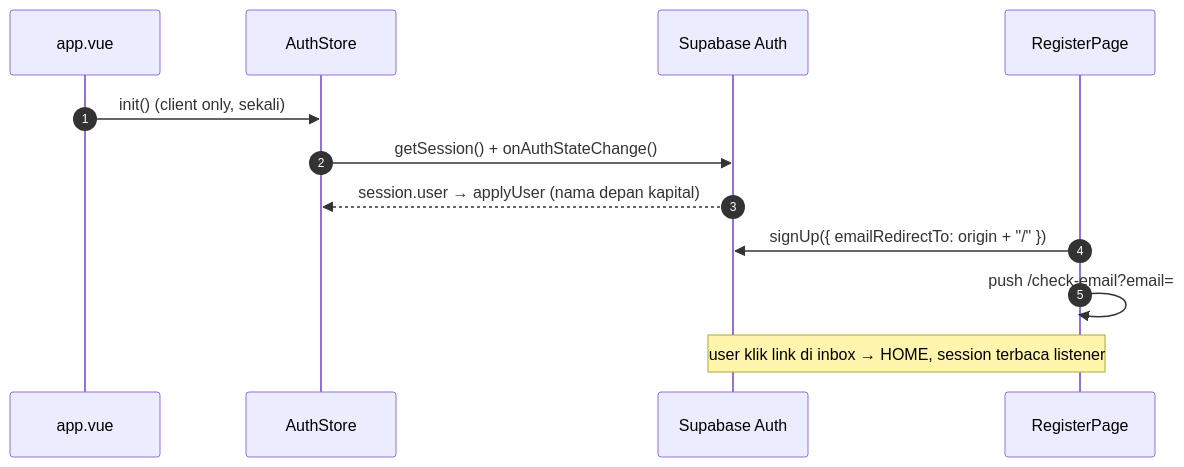
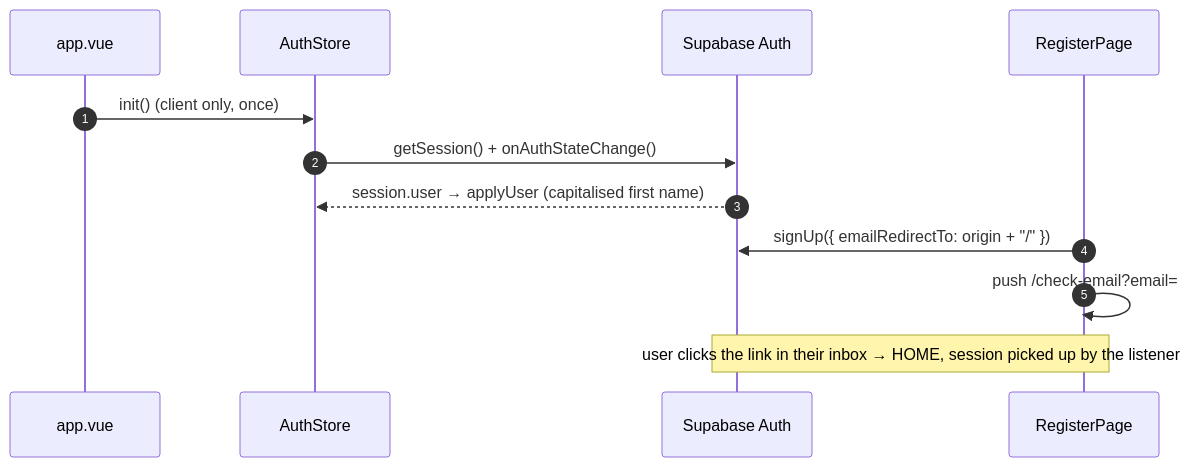
The diagram in docs/architecture/flows/auth/README.md (agestasaputra/wikendo-web-app), drawn with Mermaid before and after one commit. The commit also changed other lines of this file and 103 other files, not shown here.

````diff
--- a/docs/architecture/flows/auth/README.md
+++ b/docs/architecture/flows/auth/README.md
@@ -33,14 +33,14 @@
 ```mermaid
 sequenceDiagram
     autonumber
     participant App as app.vue
     participant Store as AuthStore
     participant SB as Supabase Auth
     participant Reg as RegisterPage
-    App->>Store: init() (client only, sekali)
+    App->>Store: init() (client only, once)
     Store->>SB: getSession() + onAuthStateChange()
-    SB-->>Store: session.user → applyUser (nama depan kapital)
+    SB-->>Store: session.user → applyUser (capitalised first name)
     Reg->>SB: signUp({ emailRedirectTo: origin + "/" })
     Reg->>Reg: push /check-email?email=
-    Note over Reg,SB: user klik link di inbox → HOME, session terbaca listener
+    Note over Reg,SB: user clicks the link in their inbox → HOME, session picked up by the listener
 ```
````
